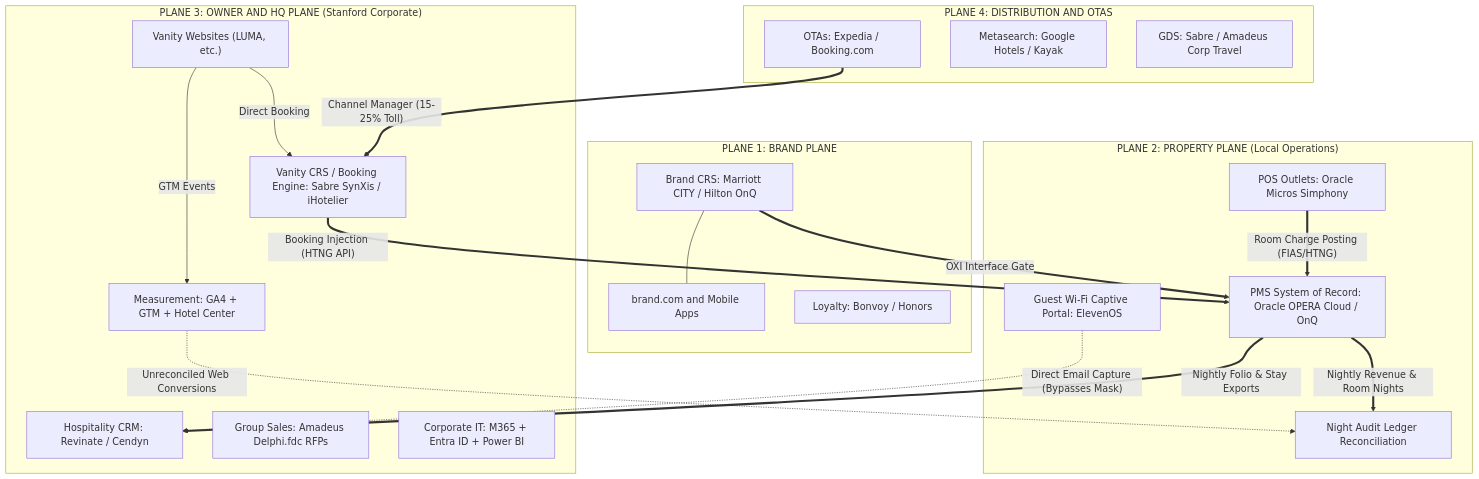
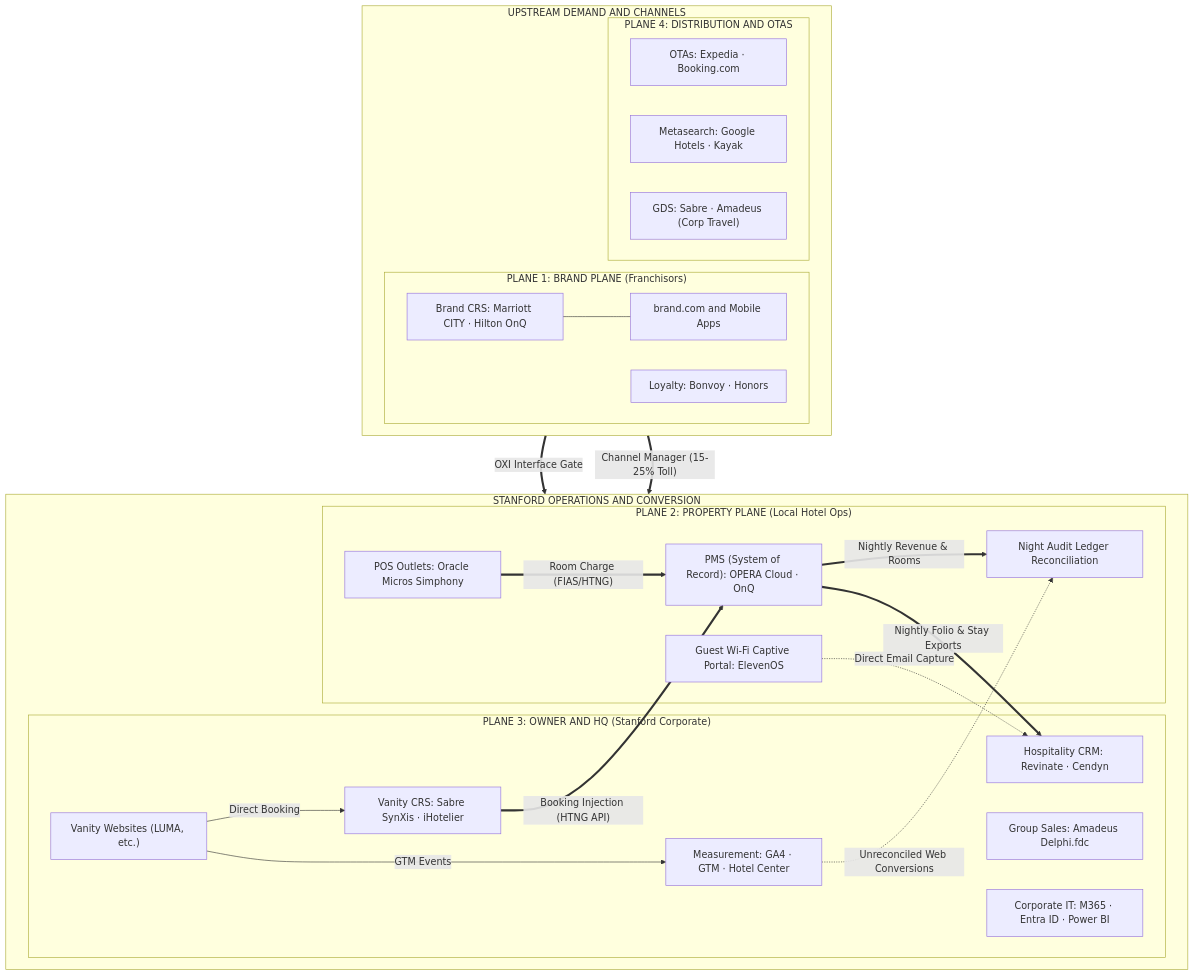
Before and after one commit to dkellam44/bv-stanford.github.io: the diagram in stanford-4-plane-architecture.mmd, drawn with Mermaid. The commit also changed 1 other file, not shown here.

Commit message:
layout: restructure 4-plane flowchart into 2x2 stacked tier to eliminate squishing on GitHub

```diff
--- a/stanford-4-plane-architecture.mmd
+++ b/stanford-4-plane-architecture.mmd
@@ -1,40 +1,44 @@
 flowchart TD
-    subgraph P1["PLANE 1: BRAND PLANE"]
-        BrandWeb["brand.com and Mobile Apps"]
-        BrandCRS["Brand CRS: Marriott CITY / Hilton OnQ"]
-        BrandLoyalty["Loyalty: Bonvoy / Honors"]
-        BrandCRS --- BrandWeb
+    subgraph UPSTREAM["UPSTREAM DEMAND AND CHANNELS"]
+        direction LR
+        subgraph P1["PLANE 1: BRAND PLANE (Franchisors)"]
+            BrandWeb["brand.com and Mobile Apps"]
+            BrandCRS["Brand CRS: Marriott CITY · Hilton OnQ"]
+            BrandLoyalty["Loyalty: Bonvoy · Honors"]
+            BrandCRS --- BrandWeb
+        end
+        subgraph P4["PLANE 4: DISTRIBUTION AND OTAS"]
+            OTAs["OTAs: Expedia · Booking.com"]
+            Meta["Metasearch: Google Hotels · Kayak"]
+            GDS["GDS: Sabre · Amadeus (Corp Travel)"]
+        end
     end
 
-    subgraph P4["PLANE 4: DISTRIBUTION AND OTAS"]
-        OTAs["OTAs: Expedia / Booking.com"]
-        Meta["Metasearch: Google Hotels / Kayak"]
-        GDS["GDS: Sabre / Amadeus Corp Travel"]
-    end
-
-    subgraph P3["PLANE 3: OWNER AND HQ PLANE (Stanford Corporate)"]
-        VanityWeb["Vanity Websites (LUMA, etc.)"]
-        VanityCRS["Vanity CRS / Booking Engine: Sabre SynXis / iHotelier"]
-        Analytics["Measurement: GA4 + GTM + Hotel Center"]
-        CRM["Hospitality CRM: Revinate / Cendyn"]
-        SalesCRM["Group Sales: Amadeus Delphi.fdc RFPs"]
-        CorpIT["Corporate IT: M365 + Entra ID + Power BI"]
-        VanityWeb -->|"GTM Events"| Analytics
-        VanityWeb -->|"Direct Booking"| VanityCRS
-    end
-
-    subgraph P2["PLANE 2: PROPERTY PLANE (Local Operations)"]
-        PMS["PMS System of Record: Oracle OPERA Cloud / OnQ"]
-        POS["POS Outlets: Oracle Micros Simphony"]
-        WiFi["Guest Wi-Fi Captive Portal: ElevenOS"]
-        NightAudit["Night Audit Ledger Reconciliation"]
+    subgraph DOWNSTREAM["STANFORD OPERATIONS AND CONVERSION"]
+        direction LR
+        subgraph P3["PLANE 3: OWNER AND HQ (Stanford Corporate)"]
+            VanityWeb["Vanity Websites (LUMA, etc.)"]
+            VanityCRS["Vanity CRS: Sabre SynXis · iHotelier"]
+            Analytics["Measurement: GA4 · GTM · Hotel Center"]
+            CRM["Hospitality CRM: Revinate · Cendyn"]
+            SalesCRM["Group Sales: Amadeus Delphi.fdc"]
+            CorpIT["Corporate IT: M365 · Entra ID · Power BI"]
+            VanityWeb -->|"GTM Events"| Analytics
+            VanityWeb -->|"Direct Booking"| VanityCRS
+        end
+        subgraph P2["PLANE 2: PROPERTY PLANE (Local Hotel Ops)"]
+            PMS["PMS (System of Record): OPERA Cloud · OnQ"]
+            POS["POS Outlets: Oracle Micros Simphony"]
+            WiFi["Guest Wi-Fi Captive Portal: ElevenOS"]
+            NightAudit["Night Audit Ledger Reconciliation"]
+            POS ==>|"Room Charge (FIAS/HTNG)"| PMS
+        end
     end
 
     BrandCRS ==>|"OXI Interface Gate"| PMS
     OTAs ==>|"Channel Manager (15-25% Toll)"| VanityCRS
     VanityCRS ==>|"Booking Injection (HTNG API)"| PMS
-    POS ==>|"Room Charge Posting (FIAS/HTNG)"| PMS
-    WiFi -.->|"Direct Email Capture (Bypasses Mask)"| CRM
+    WiFi -.->|"Direct Email Capture"| CRM
     PMS ==>|"Nightly Folio & Stay Exports"| CRM
-    PMS ==>|"Nightly Revenue & Room Nights"| NightAudit
+    PMS ==>|"Nightly Revenue & Rooms"| NightAudit
     Analytics -.->|"Unreconciled Web Conversions"| NightAudit
```
